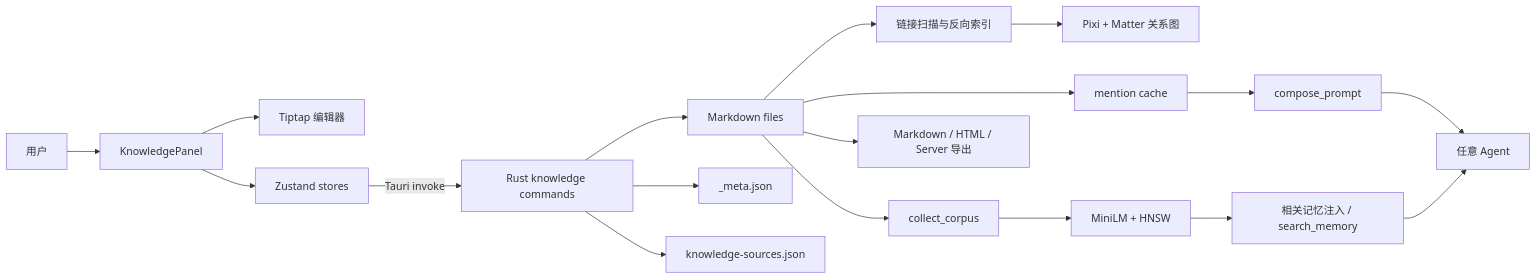
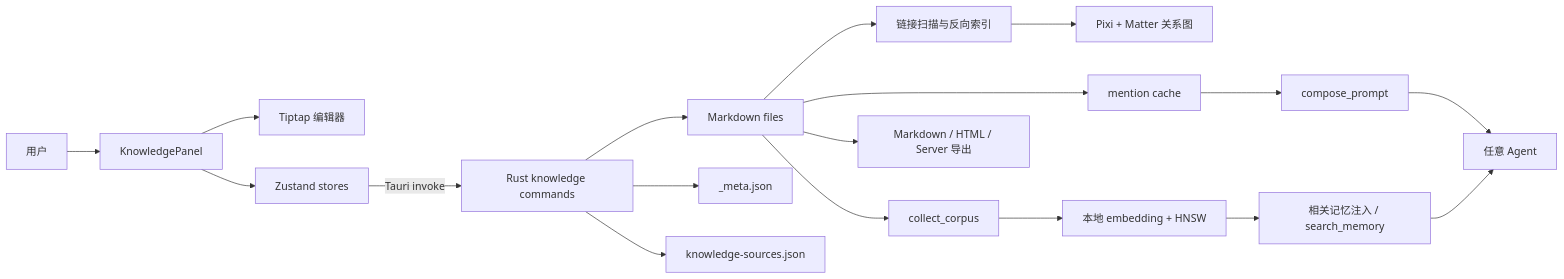
One commit to sijingl2019/atlas changed the first of 3 diagrams in docs/reference/knowledge-base-design.md. Above: the diagram before and after it, drawn with Mermaid. The commit also changed other lines of this file and 27 other files, not shown here.

````diff
--- a/docs/reference/knowledge-base-design.md
+++ b/docs/reference/knowledge-base-design.md
@@ -52,24 +52,24 @@
 ```mermaid
 flowchart LR
   U[用户] --> P[KnowledgePanel]
   P --> E[Tiptap 编辑器]
   P --> Z[Zustand stores]
   Z -->|Tauri invoke| K[Rust knowledge commands]
   K --> M[Markdown files]
   K --> META[_meta.json]
   K --> SRC[knowledge-sources.json]
 
   M --> L[链接扫描与反向索引]
   L --> G[Pixi + Matter 关系图]
 
   M --> MC[mention cache]
   MC --> CP[compose_prompt]
   CP --> A[任意 Agent]
 
   M --> C[collect_corpus]
-  C --> H[MiniLM + HNSW]
+  C --> H[本地 embedding + HNSW]
   H --> R[相关记忆注入 / search_memory]
   R --> A
 
   M --> X[Markdown / HTML / Server 导出]
 ```
````
